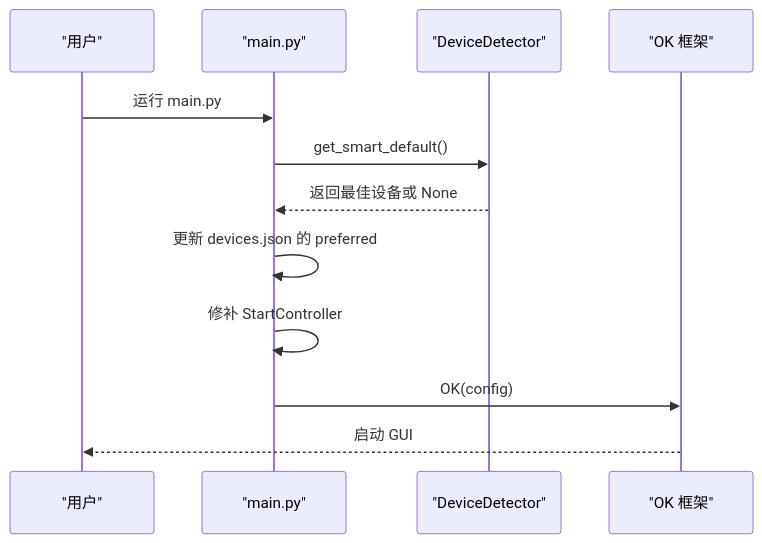
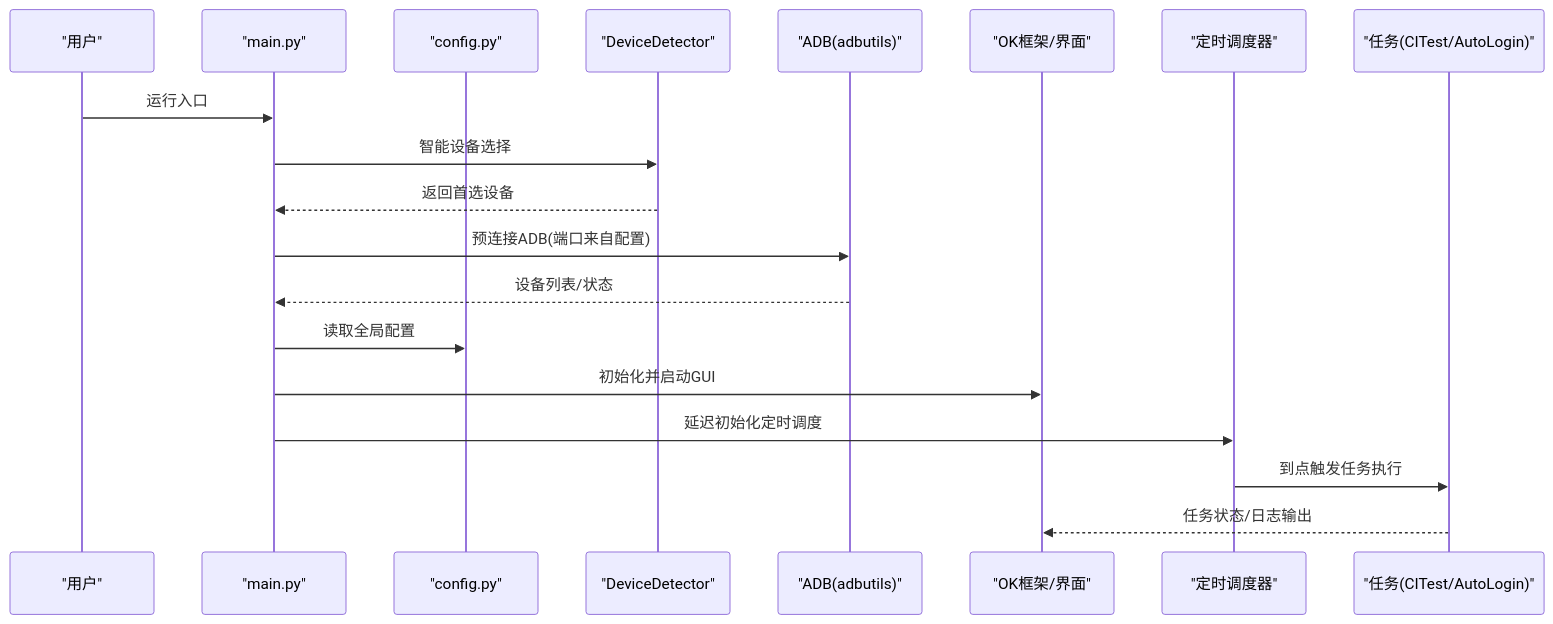
Before and after one commit to xsy098-max/ok-jump: the second of 5 diagrams in .qoder/repowiki/zh/content/快速开始.md, drawn with Mermaid. The commit also changed other lines of this file and 216 other files, not shown here.

````diff
--- a/.qoder/repowiki/zh/content/快速开始.md
+++ b/.qoder/repowiki/zh/content/快速开始.md
@@ -147,14 +89,21 @@
 ```mermaid
 sequenceDiagram
-participant User as "用户"
-participant Main as "main.py"
-participant Detector as "DeviceDetector"
-participant OK as "OK 框架"
-User->>Main : 运行 main.py
-Main->>Detector : get_smart_default()
-Detector-->>Main : 返回最佳设备或 None
-Main->>Main : 更新 devices.json 的 preferred
-Main->>Main : 修补 StartController
-Main->>OK : OK(config)
-OK-->>User : 启动 GUI
+participant U as "用户"
+participant M as "main.py"
+participant CFG as "config.py"
+participant DEV as "DeviceDetector"
+participant ADB as "ADB(adbutils)"
+participant GUI as "OK框架/界面"
+participant SCH as "定时调度器"
+participant T as "任务(CITest/AutoLogin)"
+U->>M : 运行入口
+M->>DEV : 智能设备选择
+DEV-->>M : 返回首选设备
+M->>ADB : 预连接ADB(端口来自配置)
+ADB-->>M : 设备列表/状态
+M->>CFG : 读取全局配置
+M->>GUI : 初始化并启动GUI
+M->>SCH : 延迟初始化定时调度
+SCH->>T : 到点触发任务执行
+T-->>GUI : 任务状态/日志输出
 ```
````
